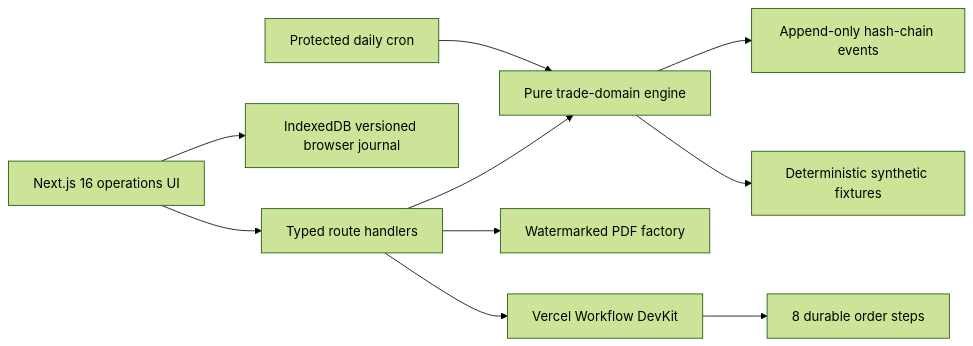
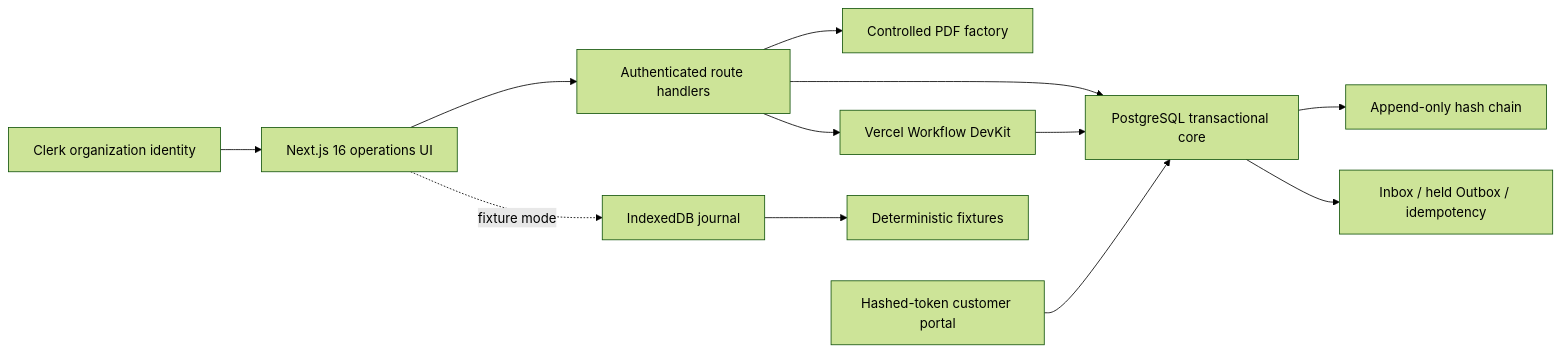
The diagram in README.md (changle0245/meridian-10-autonomous-trade-os), drawn with Mermaid (forest theme) before and after one commit. The commit also changed other lines of this file and 57 other files, not shown here.

Commit message:
Integrate the shared trade operations core

````diff
--- a/README.md
+++ b/README.md
@@ -23,12 +32,14 @@
 ```mermaid
 flowchart LR
-  UI["Next.js 16 operations UI"] --> API["Typed route handlers"]
-  UI --> IDB["IndexedDB versioned browser journal"]
-  API --> DOMAIN["Pure trade-domain engine"]
-  API --> PDF["Watermarked PDF factory"]
+  IDP["Clerk organization identity"] --> UI["Next.js 16 operations UI"]
+  UI --> API["Authenticated route handlers"]
+  API --> PG["PostgreSQL transactional core"]
+  PG --> AUDIT["Append-only hash chain"]
+  PG --> IO["Inbox / held Outbox / idempotency"]
+  API --> PDF["Controlled PDF factory"]
   API --> WDK["Vercel Workflow DevKit"]
-  CRON["Protected daily cron"] --> DOMAIN
-  WDK --> STEPS["8 durable order steps"]
-  DOMAIN --> AUDIT["Append-only hash-chain events"]
-  DOMAIN --> FIXTURES["Deterministic synthetic fixtures"]
+  WDK --> PG
+  PORTAL["Hashed-token customer portal"] --> PG
+  UI -. fixture mode .-> IDB["IndexedDB journal"]
+  IDB --> FIXTURES["Deterministic fixtures"]
 ```
````
